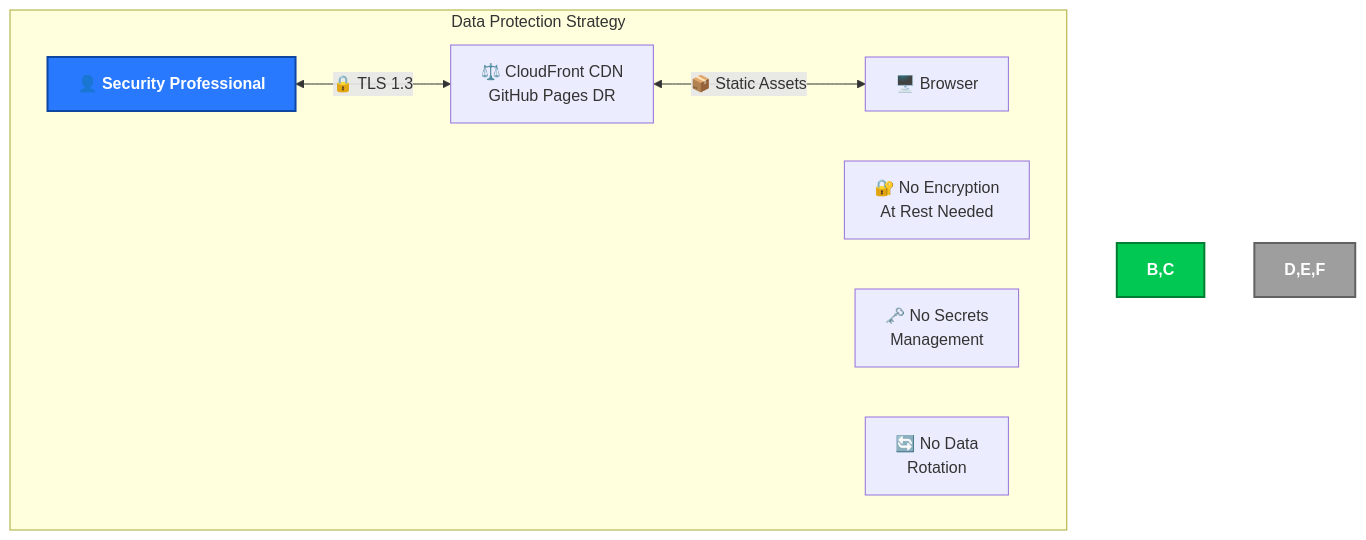
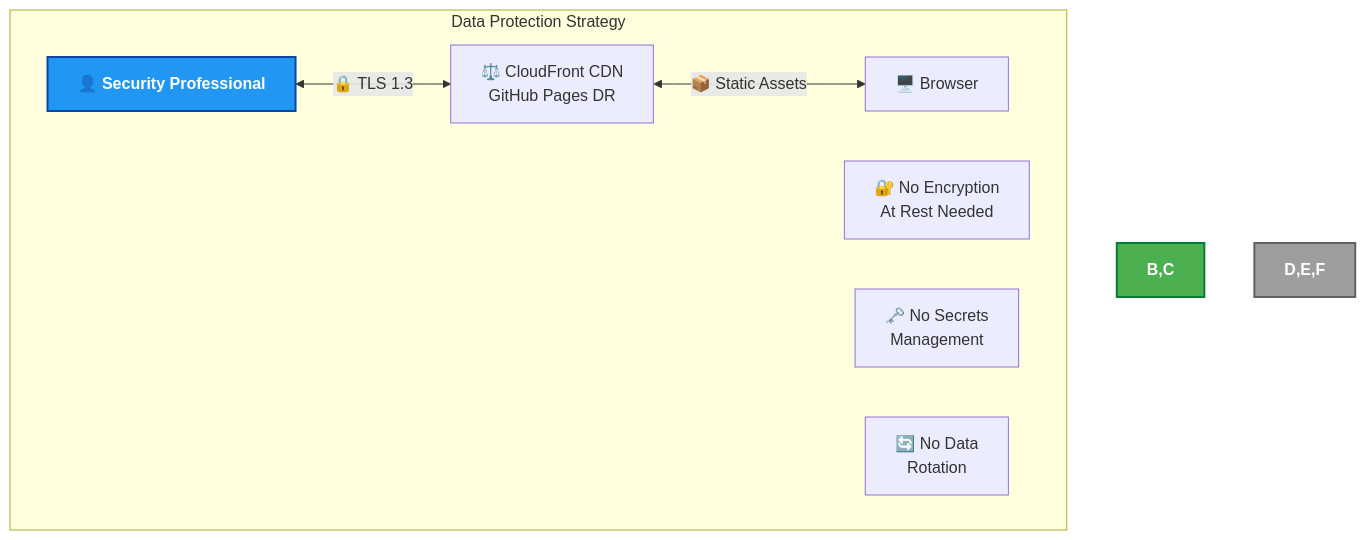
The ninth of 32 diagrams in docs/architecture/SECURITY_ARCHITECTURE.md (step-security-bot/cia-compliance-manager), drawn with Mermaid before and after one commit. The commit also changed other lines of this file and 27 other files, not shown here.

First line of the commit message:
fix: resolve broken mermaid diagrams and improve color coding to match ISMS style guide (#1106)

````diff
--- a/docs/architecture/SECURITY_ARCHITECTURE.md
+++ b/docs/architecture/SECURITY_ARCHITECTURE.md
@@ -589,15 +589,15 @@
 ```mermaid
 flowchart TD
     subgraph "Data Protection Strategy"
         A[👤 Security Professional] <-->|"🔒 TLS 1.3"| B[⚖️ CloudFront CDN<br/>GitHub Pages DR]
         B <-->|"📦 Static Assets"| C[🖥️ Browser]
 
         D[🔐 No Encryption<br/>At Rest Needed]
         E[🗝️ No Secrets<br/>Management]
         F[🔄 No Data<br/>Rotation]
     end
 
-    style A fill:#2979FF,stroke:#0D47A1,stroke-width:2px,color:white,font-weight:bold
-    style B,C fill:#00C853,stroke:#007E33,stroke-width:2px,color:white,font-weight:bold
+    style A fill:#2196F3,stroke:#0D47A1,stroke-width:2px,color:white,font-weight:bold
+    style B,C fill:#4CAF50,stroke:#007E33,stroke-width:2px,color:white,font-weight:bold
     style D,E,F fill:#9E9E9E,stroke:#616161,stroke-width:2px,color:white,font-weight:bold
 ```
````
